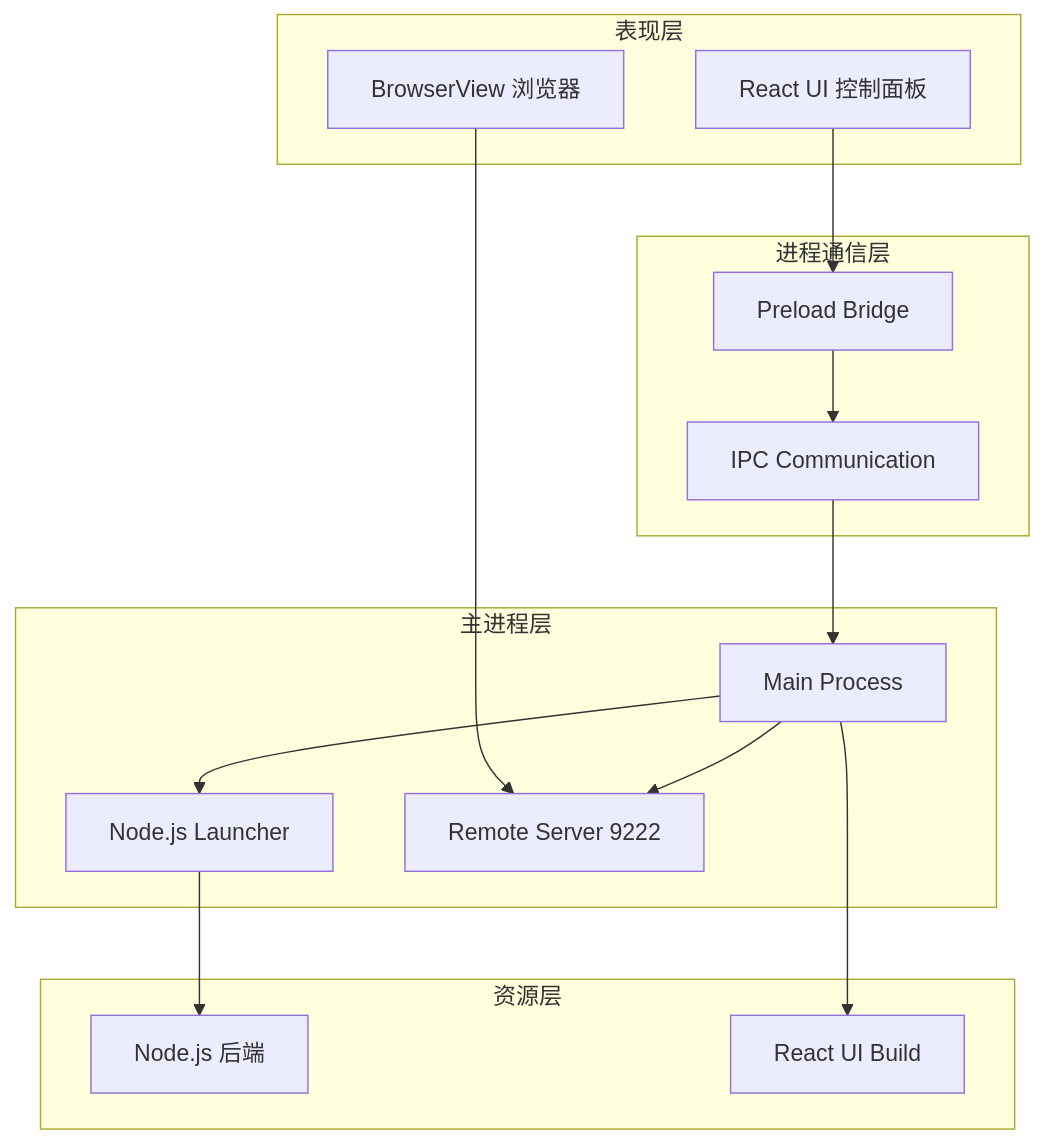
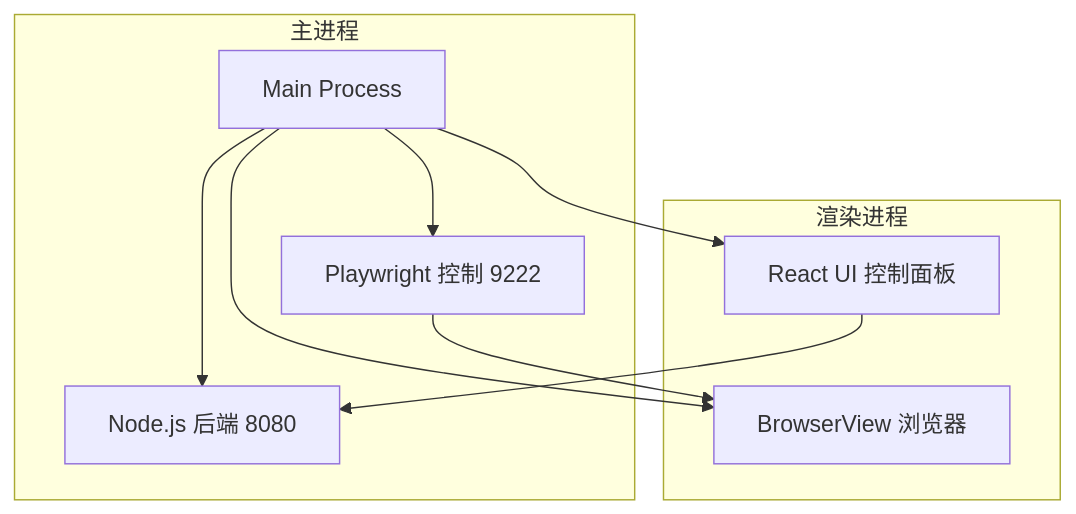
One commit to 1018053166/ReActAgentDemo changed the second of 4 diagrams in README.md. Above: the diagram before and after it, drawn with Mermaid. The commit also changed other lines of this file and 1 other file, not shown here.

Commit message:
fix: 修正架构图，Node.js 后端在主进程内联运行

````diff
--- a/README.md
+++ b/README.md
@@ -48,28 +38,18 @@
 ```mermaid
 graph TD
-    subgraph UI[表现层]
-        A[React UI 控制面板]
-        B[BrowserView 浏览器]
+    subgraph Main[主进程]
+        A[Main Process]
+        B[Node.js 后端 8080]
+        C[Playwright 控制 9222]
     end
-    subgraph IPC[进程通信层]
-        C[IPC Communication]
-        D[Preload Bridge]
+    subgraph UI[渲染进程]
+        D[React UI 控制面板]
+        E[BrowserView 浏览器]
     end
-    subgraph Main[主进程层]
-        E[Main Process]
-        F[Node.js Launcher]
-        G[Remote Server 9222]
-    end
-    subgraph Resources[资源层]
-        H[Node.js 后端]
-        I[React UI Build]
-    end
+    A --> B
+    A --> C
     A --> D
-    B --> G
-    D --> C
+    A --> E
+    D --> B
     C --> E
-    E --> F
-    E --> G
-    F --> H
-    E --> I
 ```
````
